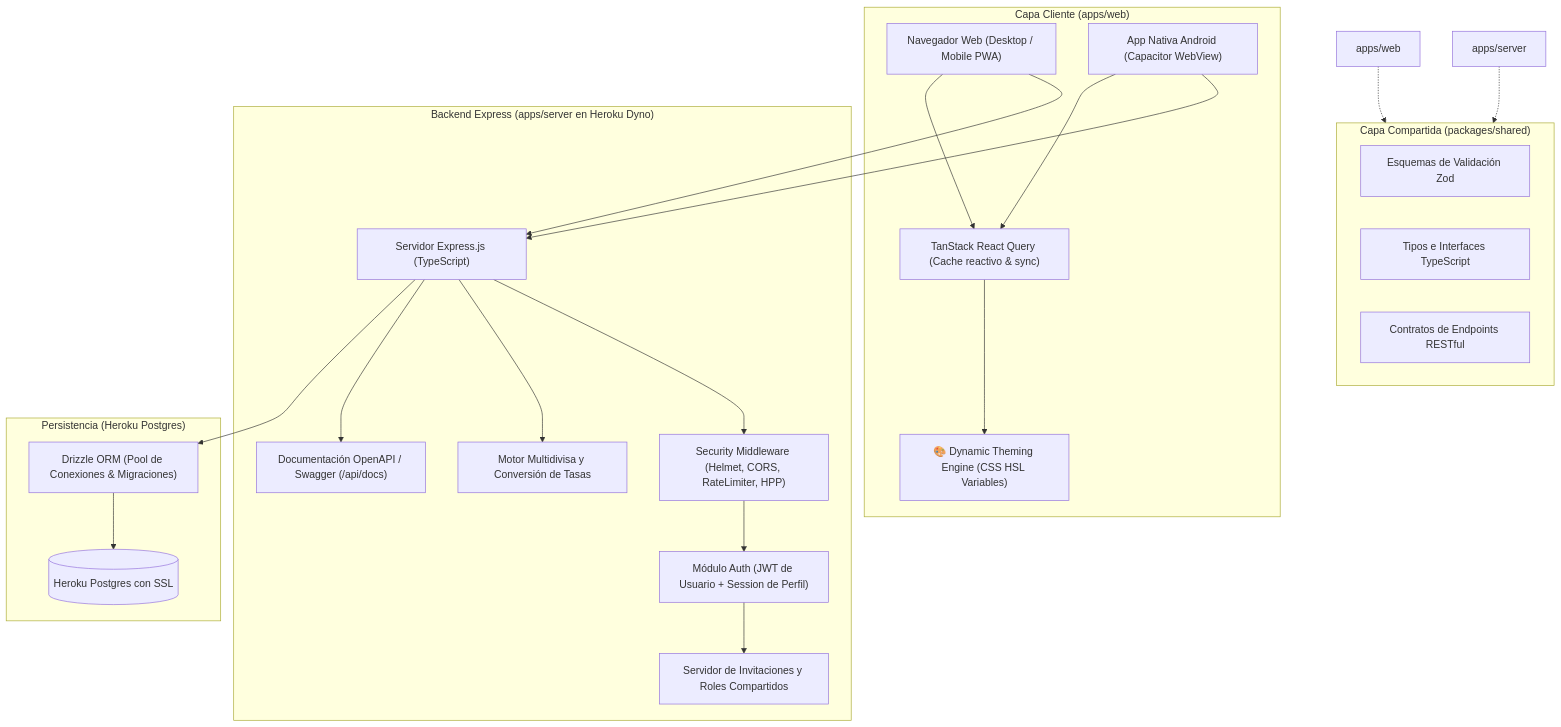
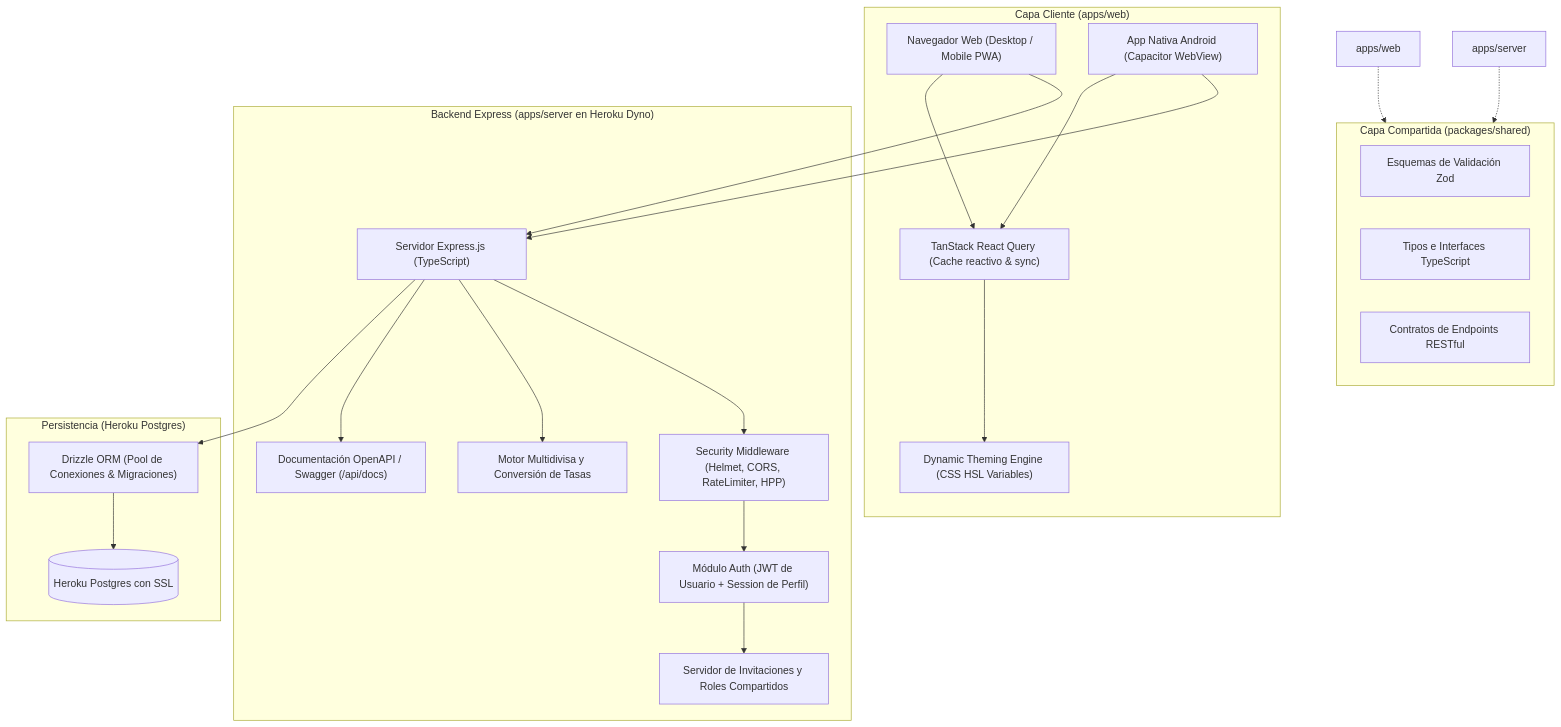
Before and after one commit to dypok/koin: the first of 3 diagrams in documentation/ARCHITECTURE.md, drawn with Mermaid. The commit also changed other lines of this file and 4 other files, not shown here.

````diff
--- a/documentation/ARCHITECTURE.md
+++ b/documentation/ARCHITECTURE.md
@@ -7,47 +7,47 @@
 ```mermaid
 flowchart TD
     subgraph Clients ["Capa Cliente (apps/web)"]
         WebBrowser["Navegador Web (Desktop / Mobile PWA)"]
         AndroidApp["App Nativa Android (Capacitor WebView)"]
         ReactQuery["TanStack React Query (Cache reactivo & sync)"]
-        ThemeEngine["🎨 Dynamic Theming Engine (CSS HSL Variables)"]
+        ThemeEngine["Dynamic Theming Engine (CSS HSL Variables)"]
     end
 
     subgraph SharedPkg ["Capa Compartida (packages/shared)"]
         ZodSchemas["Esquemas de Validación Zod"]
         SharedTypes["Tipos e Interfaces TypeScript"]
         APIContracts["Contratos de Endpoints RESTful"]
     end
 
     subgraph HerokuDyno ["Backend Express (apps/server en Heroku Dyno)"]
         ExpressApp["Servidor Express.js (TypeScript)"]
         SecurityStack["Security Middleware (Helmet, CORS, RateLimiter, HPP)"]
         AuthModule["Módulo Auth (JWT de Usuario + Session de Perfil)"]
         InvitationService["Servidor de Invitaciones y Roles Compartidos"]
         CurrencyEngine["Motor Multidivisa y Conversión de Tasas"]
         SwaggerDocs["Documentación OpenAPI / Swagger (/api/docs)"]
     end
 
     subgraph DataLayer ["Persistencia (Heroku Postgres)"]
         PostgresDB[(Heroku Postgres con SSL)]
         DrizzleORM["Drizzle ORM (Pool de Conexiones & Migraciones)"]
     end
 
     WebBrowser --> ExpressApp
     AndroidApp --> ExpressApp
     WebBrowser --> ReactQuery
     AndroidApp --> ReactQuery
     ReactQuery --> ThemeEngine
 
     ExpressApp --> SecurityStack
     SecurityStack --> AuthModule
     AuthModule --> InvitationService
     ExpressApp --> CurrencyEngine
     ExpressApp --> SwaggerDocs
 
     apps/web -.-> SharedPkg
     apps/server -.-> SharedPkg
 
     ExpressApp --> DrizzleORM
     DrizzleORM --> PostgresDB
 ```
````
